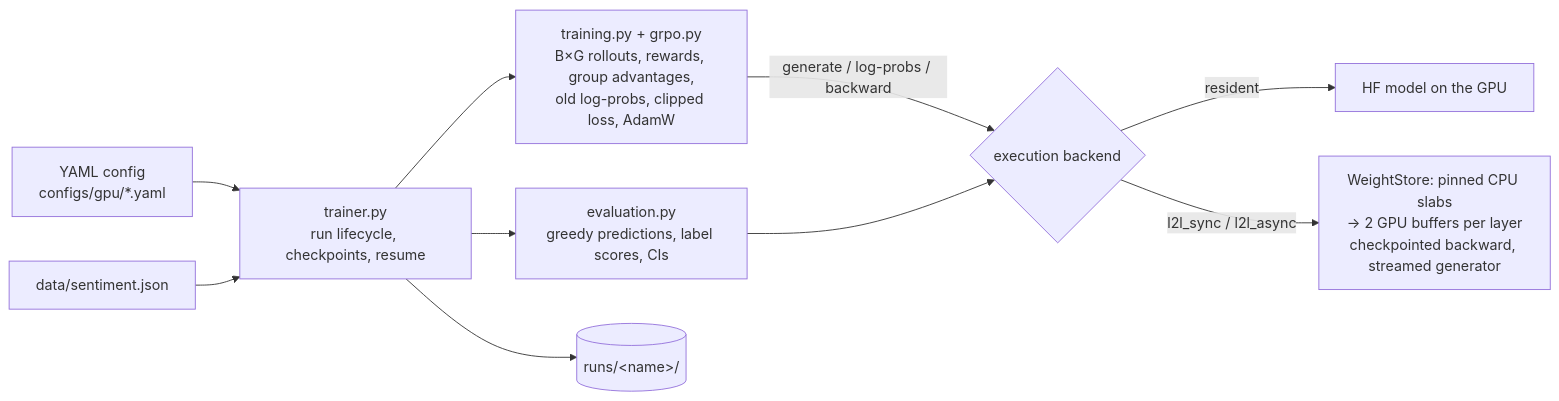
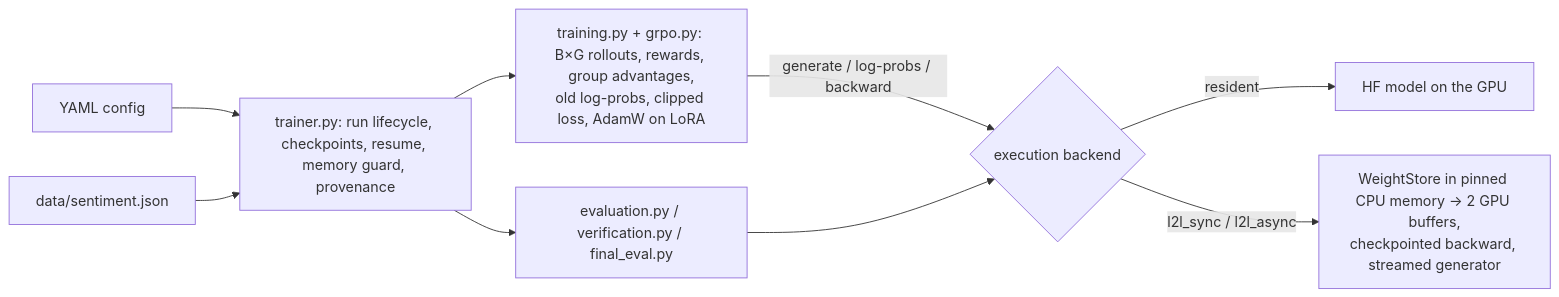
One commit to trulyaldi/qwen-grpo changed the diagram in README.md. Above: the diagram before and after it, drawn with Mermaid. The commit also changed other lines of this file and 9 other files, not shown here.

````diff
--- a/README.md
+++ b/README.md
@@ -44,12 +28,10 @@
 ```mermaid
 flowchart LR
-  Y[YAML config<br/>configs/gpu/*.yaml] --> T[trainer.py<br/>run lifecycle, checkpoints, resume]
+  Y[YAML config] --> T[trainer.py: run lifecycle, checkpoints, resume, memory guard, provenance]
   D[data/sentiment.json] --> T
-  T --> G[training.py + grpo.py<br/>B×G rollouts, rewards, group advantages,<br/>old log-probs, clipped loss, AdamW]
+  T --> G[training.py + grpo.py: B×G rollouts, rewards, group advantages,<br/>old log-probs, clipped loss, AdamW on LoRA]
   G -- generate / log-probs / backward --> X{execution backend}
   X -->|resident| R[HF model on the GPU]
-  X -->|l2l_sync / l2l_async| L[WeightStore: pinned CPU slabs<br/>→ 2 GPU buffers per layer<br/>checkpointed backward, streamed generator]
-  T --> E[evaluation.py<br/>greedy predictions, label scores, CIs]
-  E --> X
-  T --> O[(runs/&lt;name&gt;/)]
+  X -->|l2l_sync / l2l_async| L[WeightStore in pinned CPU memory → 2 GPU buffers,<br/>checkpointed backward, streamed generator]
+  T --> E[evaluation.py / verification.py / final_eval.py] --> X
 ```
````
